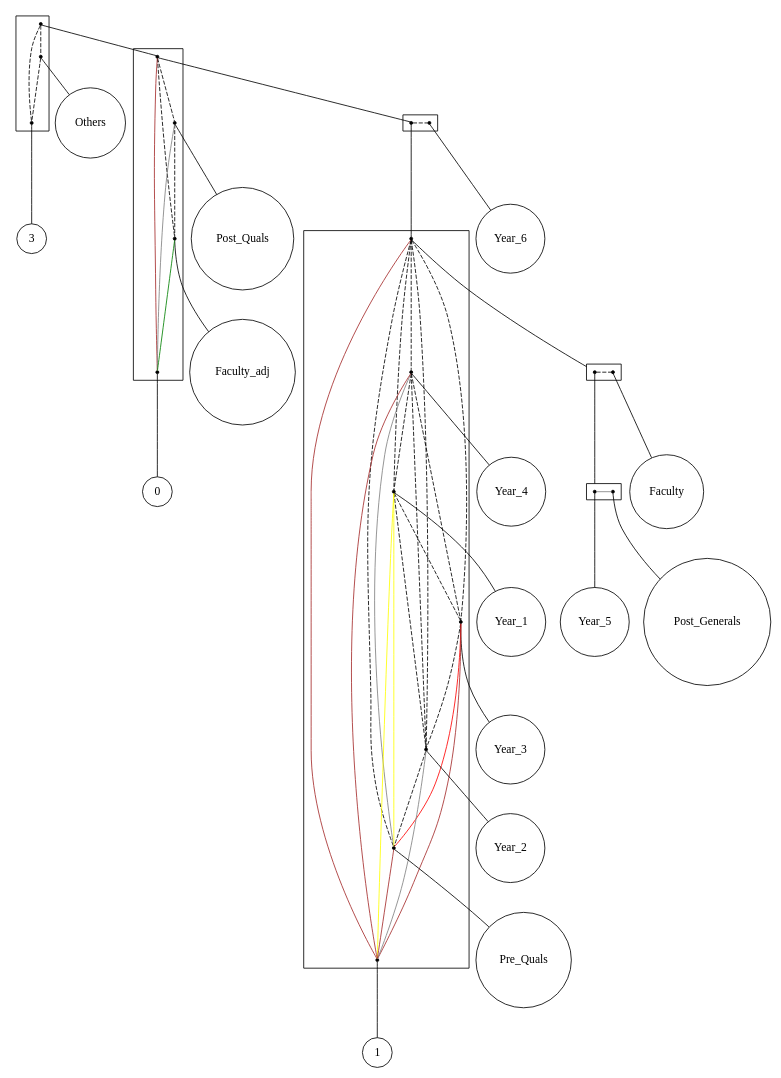
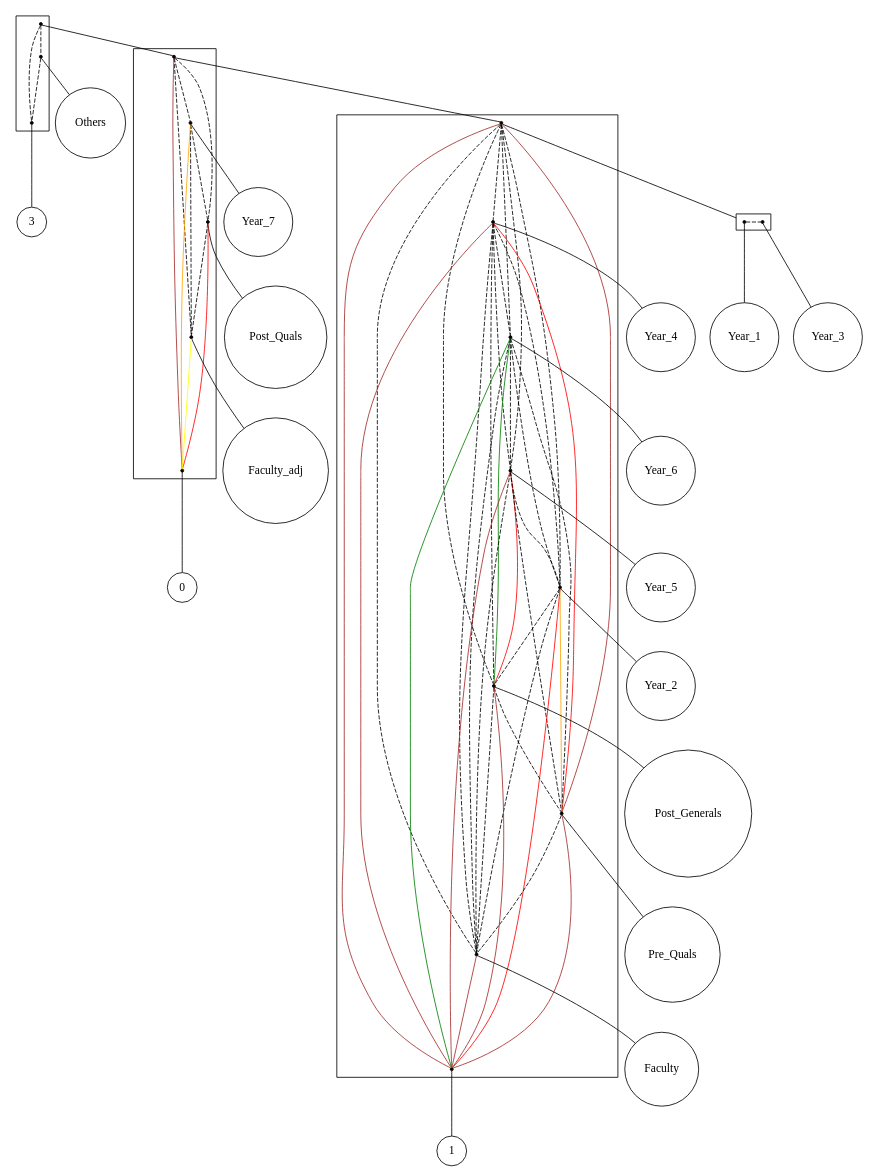
Before and after one commit to lrodrin/TFG: the diagram in src/extension/linear_2-structure.dot, drawn with Graphviz. The commit also changed 6 other files, not shown here.

```diff
--- a/src/extension/linear_2-structure.dot
+++ b/src/extension/linear_2-structure.dot
@@ -1,102 +1,109 @@
 strict digraph "linear_2-structure" {
 compound=true;
 fontname=Verdana;
 fontsize=12;
 newrank=true;
 node [shape=circle];
 Others;
 3;
+Year_7;
 Post_Quals;
 Faculty_adj;
 0;
+Year_4;
 Year_6;
-Year_4;
+Year_5;
+Year_2;
+Post_Generals;
+Pre_Quals;
+Faculty;
+1;
 Year_1;
 Year_3;
-Year_2;
-Pre_Quals;
-1;
-Faculty;
-Year_5;
-Post_Generals;
-subgraph cluster_Post_QualsFacultyYear_6Post_Generals3Faculty_adj0Year_2Year_5Year_41Pre_QualsYear_1OthersYear_3 {
+subgraph cluster_Year_60FacultyFaculty_adjYear_3Year_41Year_1Pre_QualsYear_7Post_GeneralsOthers3Year_5Post_QualsYear_2 {
 node [shape=point];
-s_Year_4Post_QualsFacultyYear_6Post_GeneralsFaculty_adj10Pre_QualsYear_2Year_1Year_3Year_5 -> s_Others  [arrowhead=none, color=black, style=dashed];
-s_Year_4Post_QualsFacultyYear_6Post_GeneralsFaculty_adj10Pre_QualsYear_2Year_1Year_3Year_5 -> s_3  [arrowhead=none, color=black, style=dashed];
+s_1Year_20Year_5Year_1Post_QualsYear_6Pre_QualsYear_7FacultyFaculty_adjYear_3Year_4Post_Generals -> s_Others  [arrowhead=none, color=black, style=dashed];
+s_1Year_20Year_5Year_1Post_QualsYear_6Pre_QualsYear_7FacultyFaculty_adjYear_3Year_4Post_Generals -> s_3  [arrowhead=none, color=black, style=dashed];
 s_Others -> s_3  [arrowhead=none, color=black, style=dashed];
 }
 
-subgraph cluster_Post_QualsFacultyYear_6Post_GeneralsFaculty_adj0Year_2Year_5Year_41Pre_QualsYear_1Year_3 {
+subgraph cluster_Year_60Year_5Post_QualsFacultyFaculty_adjYear_3Year_41Year_2Year_1Pre_QualsYear_7Post_Generals {
 node [shape=point];
-s_Year_4FacultyYear_6Post_Generals1Year_2Pre_QualsYear_1Year_3Year_5 -> s_Post_Quals  [arrowhead=none, color=black, style=dashed];
-s_Year_4FacultyYear_6Post_Generals1Year_2Pre_QualsYear_1Year_3Year_5 -> s_Faculty_adj  [arrowhead=none, color=black, style=dashed];
-s_Year_4FacultyYear_6Post_Generals1Year_2Pre_QualsYear_1Year_3Year_5 -> s_0  [arrowhead=none, color=brown, style=solid];
+s_1Year_2Year_5Year_6Year_1Pre_QualsFacultyYear_3Year_4Post_Generals -> s_Year_7  [arrowhead=none, color=black, style=dashed];
+s_1Year_2Year_5Year_6Year_1Pre_QualsFacultyYear_3Year_4Post_Generals -> s_Post_Quals  [arrowhead=none, color=black, style=dashed];
+s_1Year_2Year_5Year_6Year_1Pre_QualsFacultyYear_3Year_4Post_Generals -> s_Faculty_adj  [arrowhead=none, color=black, style=dashed];
+s_1Year_2Year_5Year_6Year_1Pre_QualsFacultyYear_3Year_4Post_Generals -> s_0  [arrowhead=none, color=brown, style=solid];
+s_Year_7 -> s_Post_Quals  [arrowhead=none, color=black, style=dashed];
+s_Year_7 -> s_Faculty_adj  [arrowhead=none, color=black, style=dashed];
+s_Year_7 -> s_0  [arrowhead=none, color=orange, style=solid];
 s_Post_Quals -> s_Faculty_adj  [arrowhead=none, color=black, style=dashed];
-s_Post_Quals -> s_0  [arrowhead=none, color=grey, style=solid];
-s_Faculty_adj -> s_0  [arrowhead=none, color=green, style=solid];
+s_Post_Quals -> s_0  [arrowhead=none, color=red, style=solid];
+s_Faculty_adj -> s_0  [arrowhead=none, color=yellow, style=solid];
 }
 
-subgraph cluster_FacultyYear_6Post_GeneralsYear_2Year_5Year_41Pre_QualsYear_1Year_3 {
+subgraph cluster_Year_6Year_5FacultyYear_3Year_41Year_2Year_1Pre_QualsPost_Generals {
+node [shape=point];
+s_Year_1Year_3 -> s_Year_4  [arrowhead=none, color=black, style=dashed];
+s_Year_1Year_3 -> s_Year_6  [arrowhead=none, color=black, style=dashed];
+s_Year_1Year_3 -> s_Year_5  [arrowhead=none, color=black, style=dashed];
+s_Year_1Year_3 -> s_Year_2  [arrowhead=none, color=black, style=dashed];
+s_Year_1Year_3 -> s_Post_Generals  [arrowhead=none, color=black, style=dashed];
+s_Year_1Year_3 -> s_Pre_Quals  [arrowhead=none, color=brown, style=solid];
+s_Year_1Year_3 -> s_Faculty  [arrowhead=none, color=black, style=dashed];
+s_Year_1Year_3 -> s_1  [arrowhead=none, color=brown, style=solid];
+s_Year_4 -> s_Year_6  [arrowhead=none, color=black, style=dashed];
+s_Year_4 -> s_Year_5  [arrowhead=none, color=black, style=dashed];
+s_Year_4 -> s_Year_2  [arrowhead=none, color=black, style=dashed];
+s_Year_4 -> s_Post_Generals  [arrowhead=none, color=black, style=dashed];
+s_Year_4 -> s_Pre_Quals  [arrowhead=none, color=red, style=solid];
+s_Year_4 -> s_Faculty  [arrowhead=none, color=black, style=dashed];
+s_Year_4 -> s_1  [arrowhead=none, color=brown, style=solid];
+s_Year_6 -> s_Year_5  [arrowhead=none, color=black, style=dashed];
+s_Year_6 -> s_Year_2  [arrowhead=none, color=black, style=dashed];
+s_Year_6 -> s_Post_Generals  [arrowhead=none, color=green, style=solid];
+s_Year_6 -> s_Pre_Quals  [arrowhead=none, color=black, style=dashed];
+s_Year_6 -> s_Faculty  [arrowhead=none, color=black, style=dashed];
+s_Year_6 -> s_1  [arrowhead=none, color=green, style=solid];
+s_Year_5 -> s_Year_2  [arrowhead=none, color=black, style=dashed];
+s_Year_5 -> s_Post_Generals  [arrowhead=none, color=red, style=solid];
+s_Year_5 -> s_Pre_Quals  [arrowhead=none, color=black, style=dashed];
+s_Year_5 -> s_Faculty  [arrowhead=none, color=black, style=dashed];
+s_Year_5 -> s_1  [arrowhead=none, color=brown, style=solid];
+s_Year_2 -> s_Post_Generals  [arrowhead=none, color=black, style=dashed];
+s_Year_2 -> s_Pre_Quals  [arrowhead=none, color=orange, style=solid];
+s_Year_2 -> s_Faculty  [arrowhead=none, color=black, style=dashed];
+s_Year_2 -> s_1  [arrowhead=none, color=red, style=solid];
+s_Post_Generals -> s_Pre_Quals  [arrowhead=none, color=black, style=dashed];
+s_Post_Generals -> s_Faculty  [arrowhead=none, color=black, style=dashed];
+s_Post_Generals -> s_1  [arrowhead=none, color=brown, style=solid];
+s_Pre_Quals -> s_Faculty  [arrowhead=none, color=black, style=dashed];
+s_Pre_Quals -> s_1  [arrowhead=none, color=brown, style=solid];
+s_Faculty -> s_1  [arrowhead=none, color=brown, style=solid];
+}
+
+subgraph cluster_Year_1Year_3 {
 rank=same;
 node [shape=point];
-s_Year_4FacultyPost_Generals1Year_2Pre_QualsYear_1Year_3Year_5 -> s_Year_6  [arrowhead=none, color=black, style=dashed];
+s_Year_1 -> s_Year_3  [arrowhead=none, color=black, style=dashed];
 }
 
-subgraph cluster_FacultyPost_GeneralsYear_2Year_5Year_41Pre_QualsYear_1Year_3 {
-node [shape=point];
-s_Year_5Post_GeneralsFaculty -> s_Year_4  [arrowhead=none, color=black, style=dashed];
-s_Year_5Post_GeneralsFaculty -> s_Year_1  [arrowhead=none, color=black, style=dashed];
-s_Year_5Post_GeneralsFaculty -> s_Year_3  [arrowhead=none, color=black, style=dashed];
-s_Year_5Post_GeneralsFaculty -> s_Year_2  [arrowhead=none, color=black, style=dashed];
-s_Year_5Post_GeneralsFaculty -> s_Pre_Quals  [arrowhead=none, color=black, style=dashed];
-s_Year_5Post_GeneralsFaculty -> s_1  [arrowhead=none, color=brown, style=solid];
-s_Year_4 -> s_Year_1  [arrowhead=none, color=black, style=dashed];
-s_Year_4 -> s_Year_3  [arrowhead=none, color=black, style=dashed];
-s_Year_4 -> s_Year_2  [arrowhead=none, color=black, style=dashed];
-s_Year_4 -> s_Pre_Quals  [arrowhead=none, color=grey, style=solid];
-s_Year_4 -> s_1  [arrowhead=none, color=brown, style=solid];
-s_Year_1 -> s_Year_3  [arrowhead=none, color=black, style=dashed];
-s_Year_1 -> s_Year_2  [arrowhead=none, color=black, style=dashed];
-s_Year_1 -> s_Pre_Quals  [arrowhead=none, color=yellow, style=solid];
-s_Year_1 -> s_1  [arrowhead=none, color=yellow, style=solid];
-s_Year_3 -> s_Year_2  [arrowhead=none, color=black, style=dashed];
-s_Year_3 -> s_Pre_Quals  [arrowhead=none, color=red, style=solid];
-s_Year_3 -> s_1  [arrowhead=none, color=brown, style=solid];
-s_Year_2 -> s_Pre_Quals  [arrowhead=none, color=black, style=dashed];
-s_Year_2 -> s_1  [arrowhead=none, color=grey, style=solid];
-s_Pre_Quals -> s_1  [arrowhead=none, color=brown, style=solid];
-}
-
-subgraph cluster_Year_5Post_GeneralsFaculty {
-rank=same;
-node [shape=point];
-s_Post_GeneralsYear_5 -> s_Faculty  [arrowhead=none, color=black, style=dashed];
-}
-
-subgraph cluster_Post_GeneralsYear_5 {
-rank=same;
-node [shape=point];
-s_Year_5 -> s_Post_Generals  [arrowhead=none, color=grey, style=solid];
-}
-
-s_Year_4Post_QualsFacultyYear_6Post_GeneralsFaculty_adj10Pre_QualsYear_2Year_1Year_3Year_5 -> s_Year_4FacultyYear_6Post_Generals1Year_2Pre_QualsYear_1Year_3Year_5  [arrowhead=none, lhead=cluster_Year_4Post_QualsFacultyYear_6Post_GeneralsFaculty_adj10Pre_QualsYear_2Year_1Year_3Year_5];
+s_1Year_20Year_5Year_1Post_QualsYear_6Pre_QualsYear_7FacultyFaculty_adjYear_3Year_4Post_Generals -> s_1Year_2Year_5Year_6Year_1Pre_QualsFacultyYear_3Year_4Post_Generals  [arrowhead=none, lhead=cluster_1Year_20Year_5Year_1Post_QualsYear_6Pre_QualsYear_7FacultyFaculty_adjYear_3Year_4Post_Generals];
 s_Others -> Others  [arrowhead=none];
 s_3 -> 3  [arrowhead=none];
-s_Year_4FacultyYear_6Post_Generals1Year_2Pre_QualsYear_1Year_3Year_5 -> s_Year_4FacultyPost_Generals1Year_2Pre_QualsYear_1Year_3Year_5  [arrowhead=none, lhead=cluster_Year_4FacultyYear_6Post_Generals1Year_2Pre_QualsYear_1Year_3Year_5];
+s_1Year_2Year_5Year_6Year_1Pre_QualsFacultyYear_3Year_4Post_Generals -> s_Year_1Year_3  [arrowhead=none, lhead=cluster_1Year_2Year_5Year_6Year_1Pre_QualsFacultyYear_3Year_4Post_Generals];
+s_Year_7 -> Year_7  [arrowhead=none];
 s_Post_Quals -> Post_Quals  [arrowhead=none];
 s_Faculty_adj -> Faculty_adj  [arrowhead=none];
 s_0 -> 0  [arrowhead=none];
-s_Year_4FacultyPost_Generals1Year_2Pre_QualsYear_1Year_3Year_5 -> s_Year_5Post_GeneralsFaculty  [arrowhead=none, lhead=cluster_Year_4FacultyPost_Generals1Year_2Pre_QualsYear_1Year_3Year_5];
+s_Year_1Year_3 -> s_Year_1  [arrowhead=none, lhead=cluster_Year_1Year_3];
+s_Year_4 -> Year_4  [arrowhead=none];
 s_Year_6 -> Year_6  [arrowhead=none];
-s_Year_5Post_GeneralsFaculty -> s_Post_GeneralsYear_5  [arrowhead=none, lhead=cluster_Year_5Post_GeneralsFaculty];
-s_Year_4 -> Year_4  [arrowhead=none];
+s_Year_5 -> Year_5  [arrowhead=none];
+s_Year_2 -> Year_2  [arrowhead=none];
+s_Post_Generals -> Post_Generals  [arrowhead=none];
+s_Pre_Quals -> Pre_Quals  [arrowhead=none];
+s_Faculty -> Faculty  [arrowhead=none];
+s_1 -> 1  [arrowhead=none];
 s_Year_1 -> Year_1  [arrowhead=none];
 s_Year_3 -> Year_3  [arrowhead=none];
-s_Year_2 -> Year_2  [arrowhead=none];
-s_Pre_Quals -> Pre_Quals  [arrowhead=none];
-s_1 -> 1  [arrowhead=none];
-s_Post_GeneralsYear_5 -> s_Year_5  [arrowhead=none, lhead=cluster_Post_GeneralsYear_5];
-s_Faculty -> Faculty  [arrowhead=none];
-s_Year_5 -> Year_5  [arrowhead=none];
-s_Post_Generals -> Post_Generals  [arrowhead=none];
 }
```
